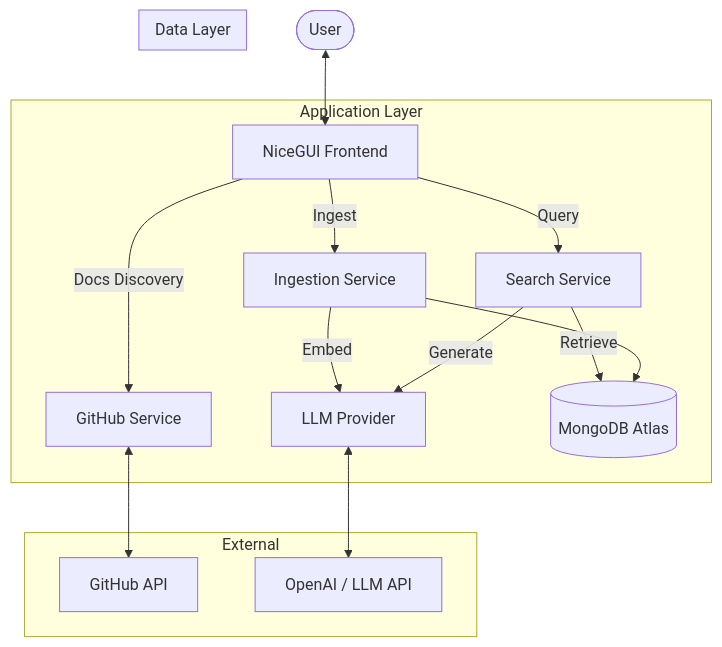
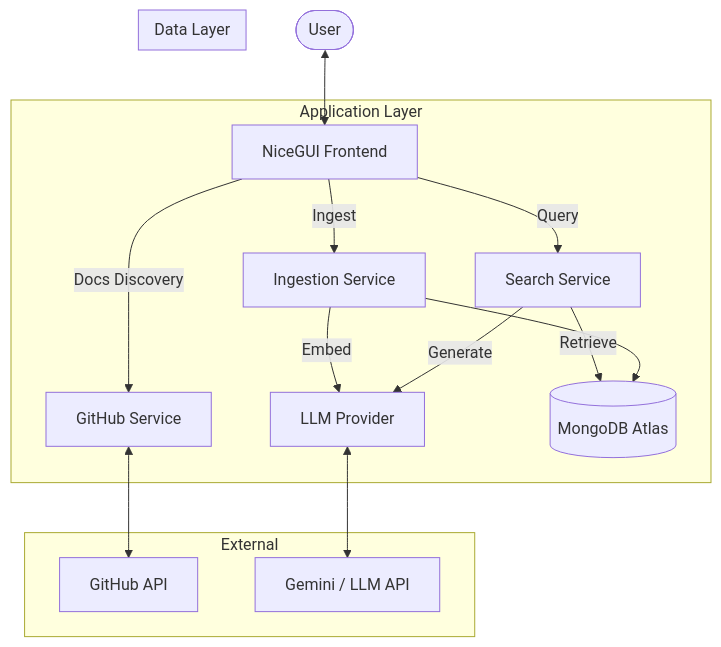
Before and after one commit to bishal7448/repo_mcp: the diagram in README.md, drawn with Mermaid. The commit also changed other lines of this file, not shown here.

Commit message:
Update README with new features and usage instructions

````diff
--- a/README.md
+++ b/README.md
@@ -22,27 +22,27 @@
 ```mermaid
 graph TD
     User([User]) <--> UI[NiceGUI Frontend]
     
     subgraph "Application Layer"
         UI --> |Docs Discovery| GitHub[GitHub Service]
         UI --> |Ingest| Ingestion[Ingestion Service]
         UI --> |Query| Search[Search Service]
         
         Ingestion --> |Embed| LLM[LLM Provider]
         Search --> |Retrieve| VectorDB
         Search --> |Generate| LLM
     end
     
     subgraph "Data Layer"
         VectorDB[(MongoDB Atlas)]
     end
     
     subgraph "External"
         GitHubAPI[GitHub API]
-        OpenAI[OpenAI / LLM API]
+        Gemini[Gemini / LLM API]
     end
     
     GitHub <--> GitHubAPI
-    LLM <--> OpenAI
+    LLM <--> Gemini
     Ingestion --> VectorDB
 ```
````
